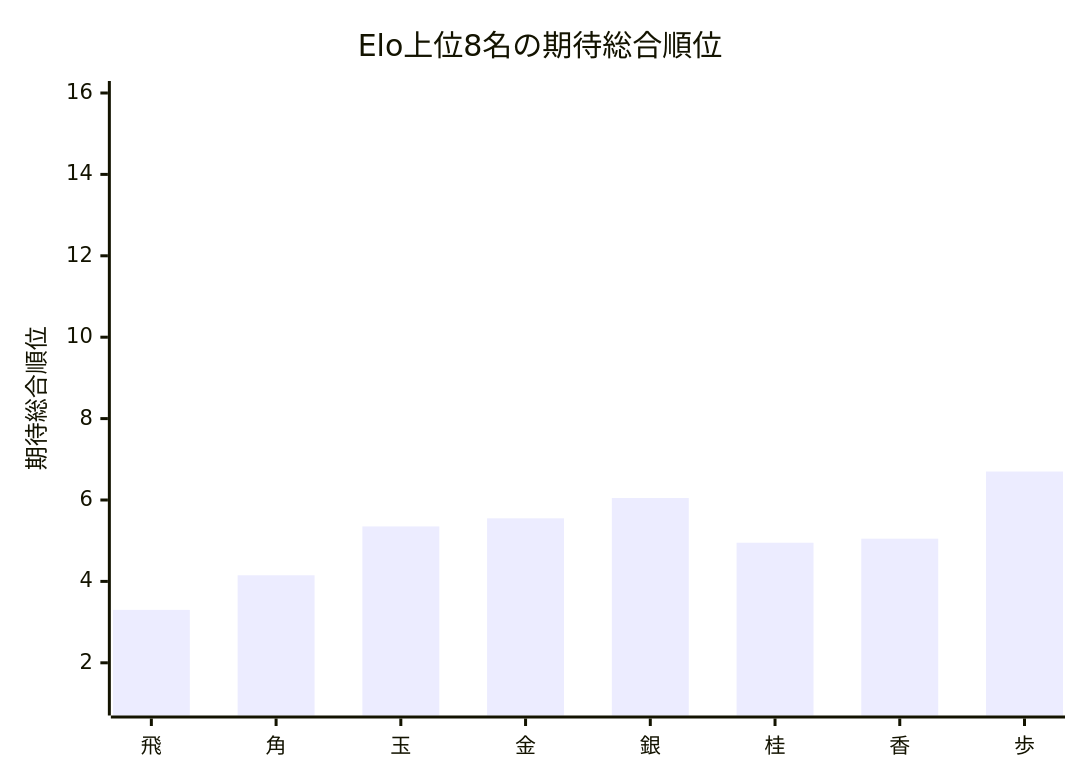
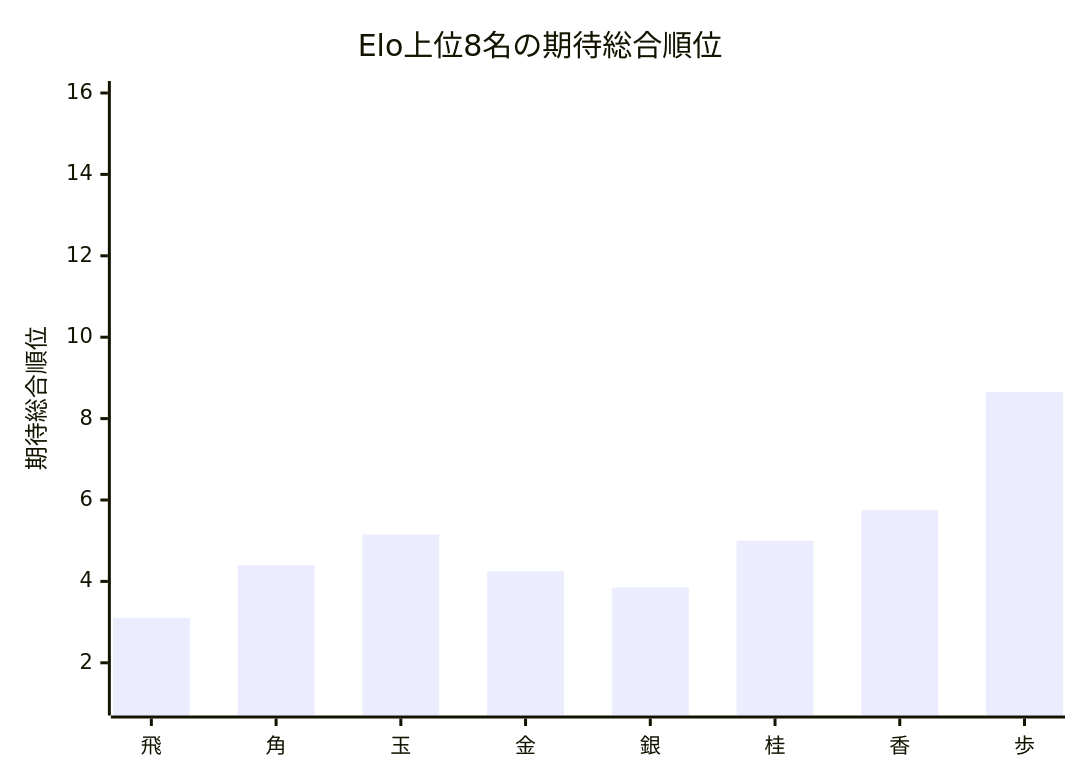
Before and after one commit to muzudho/ShogiTournamentSystemAnalyzer: the first of 2 diagrams in Output/TournamentQualityEvaluator/TournamentQualityReport/Summary/[先手8x後手8]_[Neutral_Single10_STSAInput3_smoke]_quality_summary.md, drawn with Mermaid. The commit also changed other lines of this file and 6 other files, not shown here.

````diff
--- a/Output/TournamentQualityEvaluator/TournamentQualityReport/Summary/[先手8x後手8]_[Neutral_Single10_STSAInput3_smoke]_quality_summary.md
+++ b/Output/TournamentQualityEvaluator/TournamentQualityReport/Summary/[先手8x後手8]_[Neutral_Single10_STSAInput3_smoke]_quality_summary.md
@@ -43,7 +43,7 @@
 ```mermaid
 xychart-beta
     title "Elo上位8名の期待総合順位"
     x-axis ["飛", "角", "玉", "金", "銀", "桂", "香", "歩"]
     y-axis "期待総合順位" 1 --> 16
-    bar [3.300, 4.150, 5.350, 5.550, 6.050, 4.950, 5.050, 6.700]
+    bar [3.100, 4.400, 5.150, 4.250, 3.850, 5.000, 5.750, 8.650]
 ```
````
